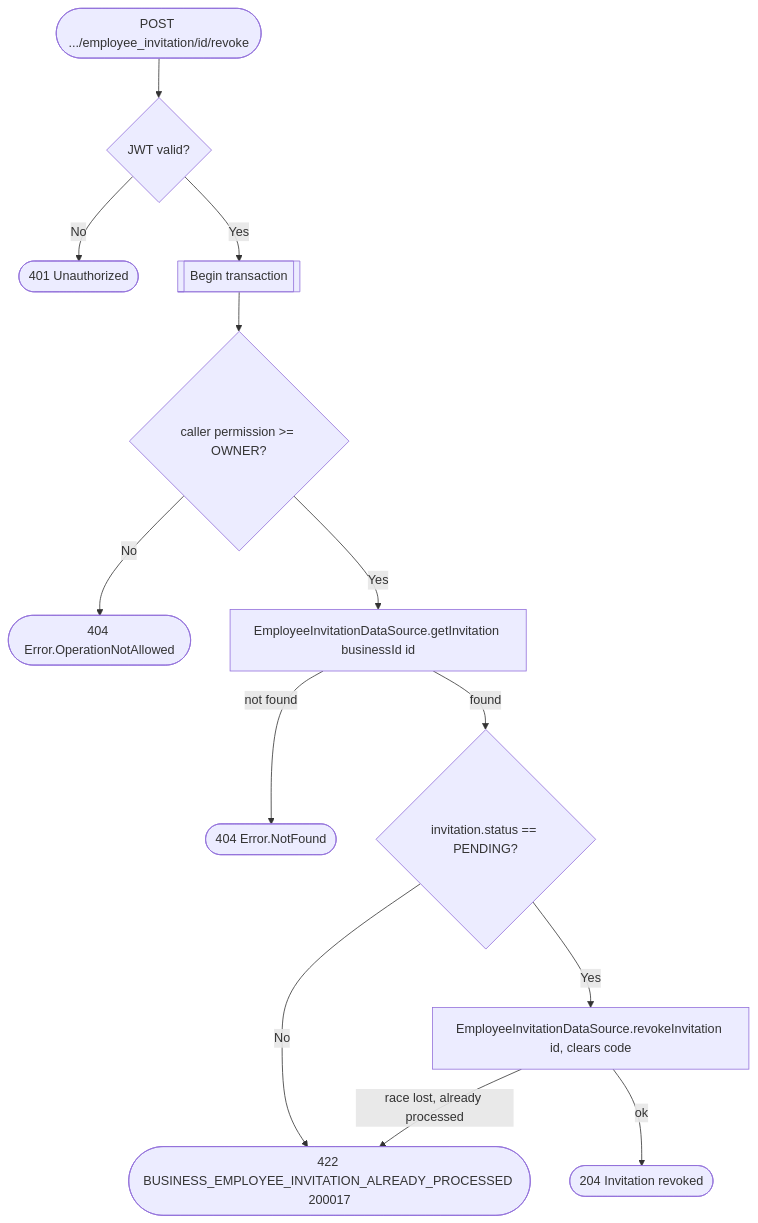
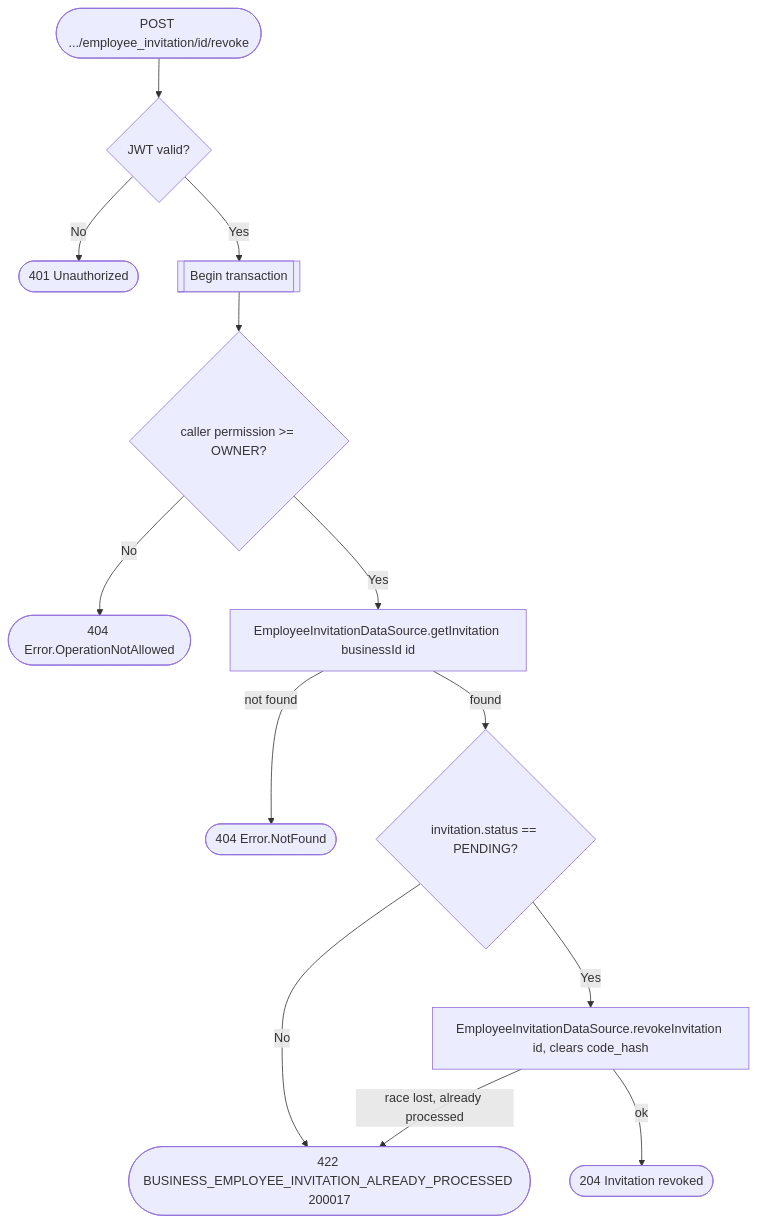
One commit to an22/bookk.me-backend changed the diagram in docs/operations/business/revoke-employee-invitation.md. Above: the diagram before and after it, drawn with Mermaid. The commit also changed other lines of this file and 16 other files, not shown here.

````diff
--- a/docs/operations/business/revoke-employee-invitation.md
+++ b/docs/operations/business/revoke-employee-invitation.md
@@ -15,15 +15,15 @@
 ```mermaid
 flowchart TD
     Start([POST .../employee_invitation/id/revoke]) --> Auth{JWT valid?}
     Auth -- No --> R401([401 Unauthorized])
     Auth -- Yes --> Tx[[Begin transaction]]
     Tx --> Perm{caller permission >= OWNER?}
     Perm -- No --> R404a([404 Error.OperationNotAllowed])
     Perm -- Yes --> GetInvite[EmployeeInvitationDataSource.getInvitation businessId id]
     GetInvite -- not found --> R404b([404 Error.NotFound])
     GetInvite -- found --> Status{invitation.status == PENDING?}
     Status -- No --> R422([422 BUSINESS_EMPLOYEE_INVITATION_ALREADY_PROCESSED 200017])
-    Status -- Yes --> Revoke[EmployeeInvitationDataSource.revokeInvitation id, clears code]
+    Status -- Yes --> Revoke[EmployeeInvitationDataSource.revokeInvitation id, clears code_hash]
     Revoke -- race lost, already processed --> R422
     Revoke -- ok --> R204([204 Invitation revoked])
 ```
````
